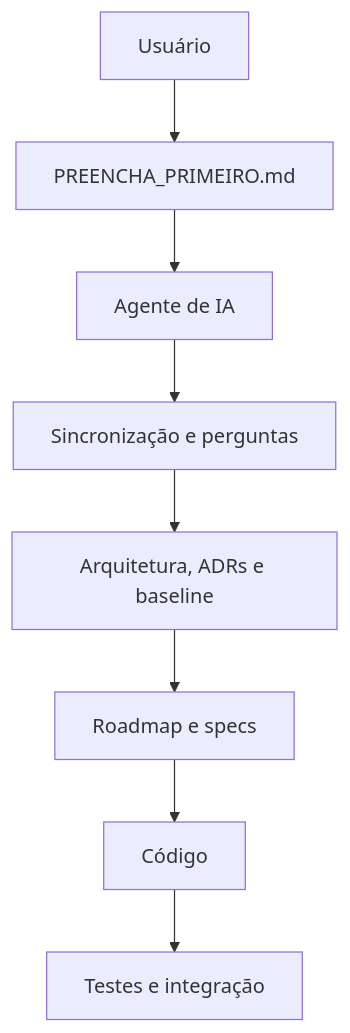
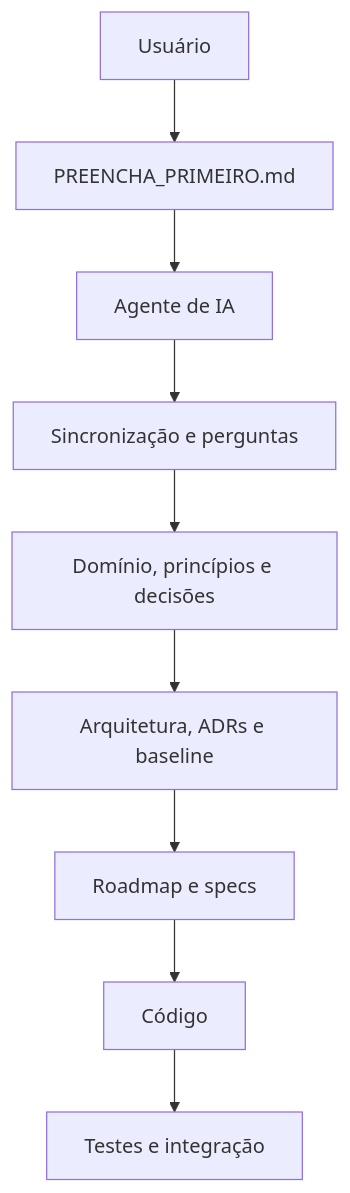
One commit to Rogeriocsantana/Project-Starter-Kit changed the diagram in README.md. Above: the diagram before and after it, drawn with Mermaid. The commit also changed other lines of this file and 30 other files, not shown here.

````diff
--- a/README.md
+++ b/README.md
@@ -22,10 +22,11 @@
 ```mermaid
 flowchart TD
     U[Usuário] --> P[PREENCHA_PRIMEIRO.md]
     P --> I[Agente de IA]
     I --> S[Sincronização e perguntas]
-    S --> A[Arquitetura, ADRs e baseline]
+    S --> D[Domínio, princípios e decisões]
+    D --> A[Arquitetura, ADRs e baseline]
     A --> R[Roadmap e specs]
     R --> C[Código]
     C --> T[Testes e integração]
 ```
````
